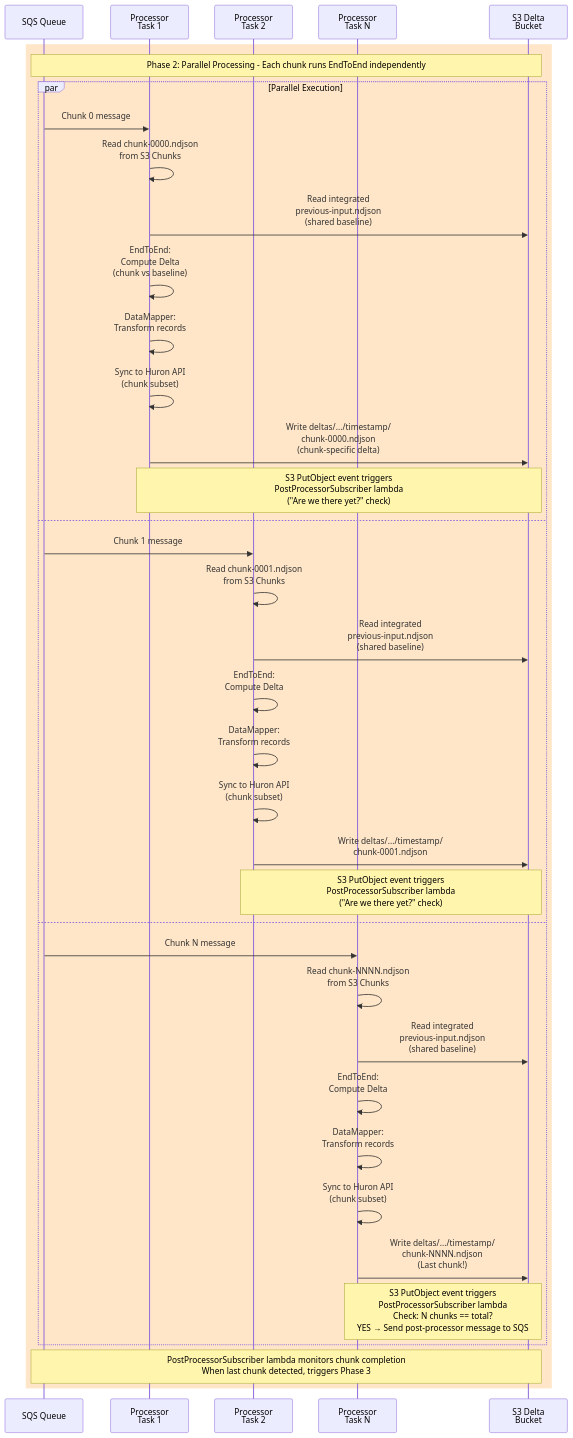
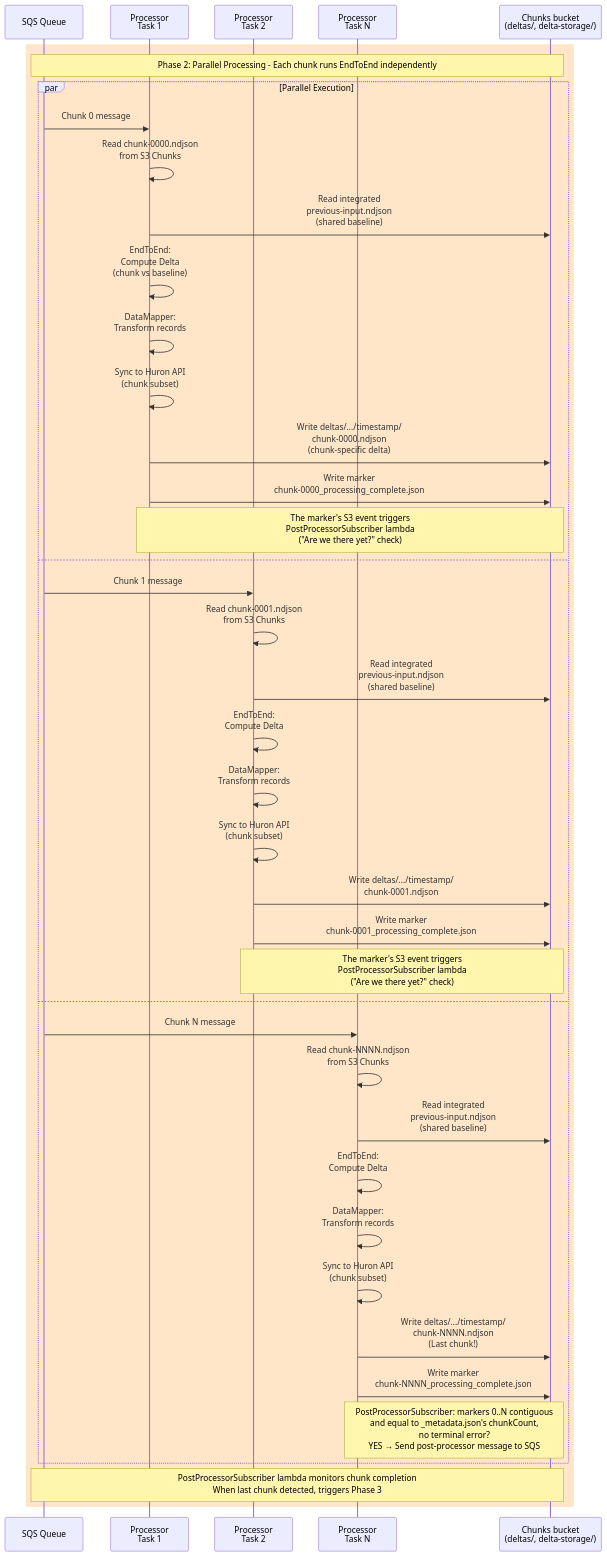
The fourth of 5 diagrams in lib/services/README.md (whennemuth/integration-huron-person-fargate), drawn with Mermaid before and after one commit. The commit also changed other lines of this file and 11 other files, not shown here.

````diff
--- a/lib/services/README.md
+++ b/lib/services/README.md
@@ -132,43 +132,46 @@
 ```mermaid
 sequenceDiagram
     participant SQS as SQS Queue
     participant P1 as Processor<br/>Task 1
     participant P2 as Processor<br/>Task 2
     participant PN as Processor<br/>Task N
-    participant S3Delta as S3 Delta<br/>Bucket
+    participant S3Delta as Chunks bucket<br/>(deltas/, delta-storage/)
     
     rect rgb(255, 230, 200)
     Note over SQS,S3Delta: Phase 2: Parallel Processing - Each chunk runs EndToEnd independently
     
     par Parallel Execution
         SQS->>P1: Chunk 0 message
         P1->>P1: Read chunk-0000.ndjson<br/>from S3 Chunks
         P1->>S3Delta: Read integrated<br/>previous-input.ndjson<br/>(shared baseline)
         P1->>P1: EndToEnd:<br/>Compute Delta<br/>(chunk vs baseline)
         P1->>P1: DataMapper:<br/>Transform records
         P1->>P1: Sync to Huron API<br/>(chunk subset)
         P1->>S3Delta: Write deltas/.../timestamp/<br/>chunk-0000.ndjson<br/>(chunk-specific delta)
-        Note over P1,S3Delta: S3 PutObject event triggers<br/>PostProcessorSubscriber lambda<br/>("Are we there yet?" check)
+        P1->>S3Delta: Write marker<br/>chunk-0000_processing_complete.json
+        Note over P1,S3Delta: The marker's S3 event triggers<br/>PostProcessorSubscriber lambda<br/>("Are we there yet?" check)
     and
         SQS->>P2: Chunk 1 message
         P2->>P2: Read chunk-0001.ndjson<br/>from S3 Chunks
         P2->>S3Delta: Read integrated<br/>previous-input.ndjson<br/>(shared baseline)
         P2->>P2: EndToEnd:<br/>Compute Delta
         P2->>P2: DataMapper:<br/>Transform records
         P2->>P2: Sync to Huron API<br/>(chunk subset)
         P2->>S3Delta: Write deltas/.../timestamp/<br/>chunk-0001.ndjson
-        Note over P2,S3Delta: S3 PutObject event triggers<br/>PostProcessorSubscriber lambda<br/>("Are we there yet?" check)
+        P2->>S3Delta: Write marker<br/>chunk-0001_processing_complete.json
+        Note over P2,S3Delta: The marker's S3 event triggers<br/>PostProcessorSubscriber lambda<br/>("Are we there yet?" check)
     and
         SQS->>PN: Chunk N message
         PN->>PN: Read chunk-NNNN.ndjson<br/>from S3 Chunks
         PN->>S3Delta: Read integrated<br/>previous-input.ndjson<br/>(shared baseline)
         PN->>PN: EndToEnd:<br/>Compute Delta
         PN->>PN: DataMapper:<br/>Transform records
         PN->>PN: Sync to Huron API<br/>(chunk subset)
         PN->>S3Delta: Write deltas/.../timestamp/<br/>chunk-NNNN.ndjson<br/>(Last chunk!)
-        Note over PN,S3Delta: S3 PutObject event triggers<br/>PostProcessorSubscriber lambda<br/>Check: N chunks == total?<br/>YES → Send post-processor message to SQS
+        PN->>S3Delta: Write marker<br/>chunk-NNNN_processing_complete.json
+        Note over PN,S3Delta: PostProcessorSubscriber: markers 0..N contiguous<br/>and equal to _metadata.json's chunkCount,<br/>no terminal error?<br/>YES → Send post-processor message to SQS
     end
     
     Note over SQS,S3Delta: PostProcessorSubscriber lambda monitors chunk completion<br/>When last chunk detected, triggers Phase 3
     end
 ```
````
